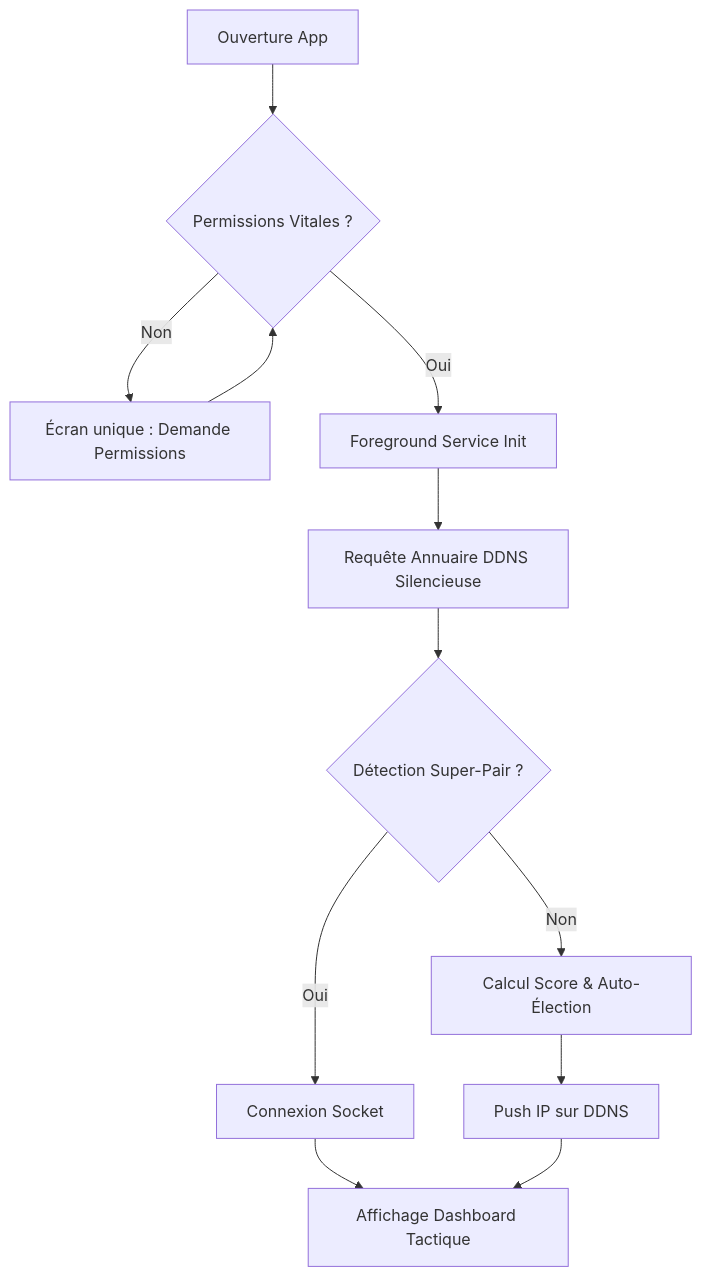
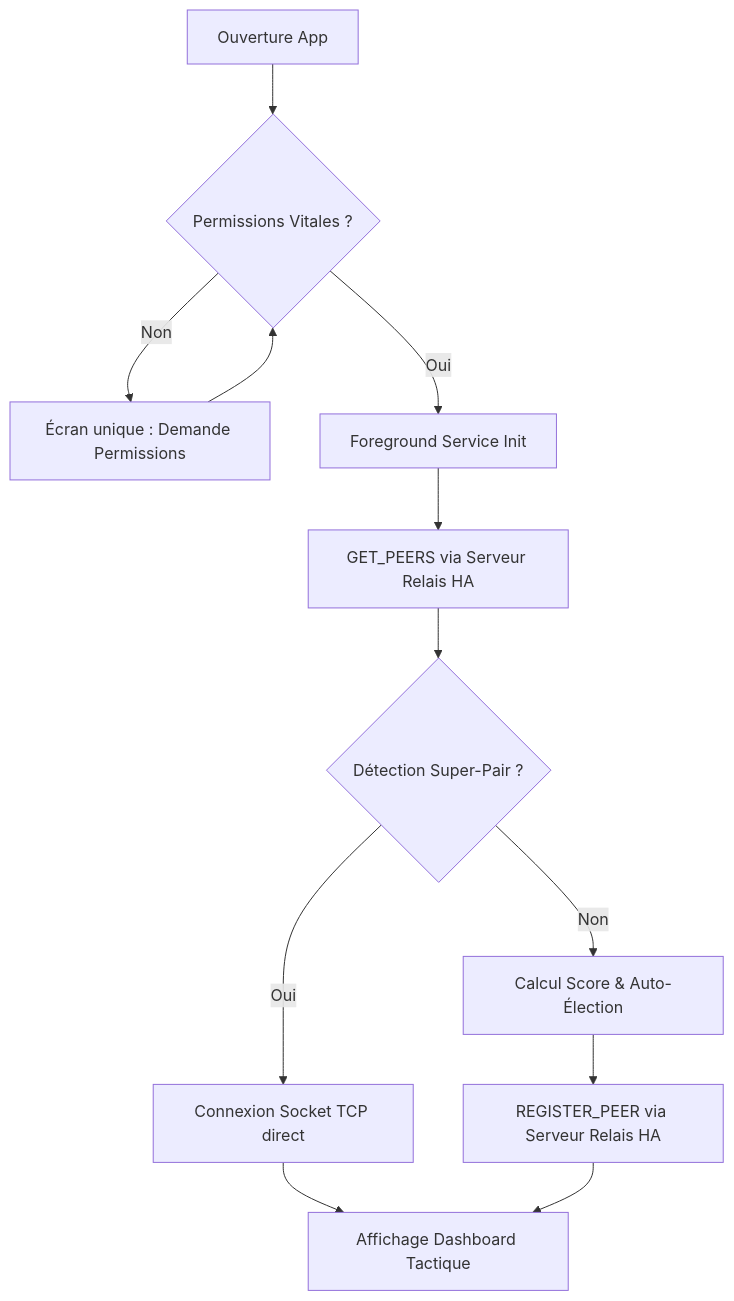
Before and after one commit to tareknaoui/MOBICLOUD: the first of 3 diagrams in _bmad-output/planning-artifacts/ux-design-specification.md, drawn with Mermaid. The commit also changed other lines of this file and 3979 other files, not shown here.

````diff
--- a/_bmad-output/planning-artifacts/ux-design-specification.md
+++ b/_bmad-output/planning-artifacts/ux-design-specification.md
@@ -278,14 +278,14 @@
 ```mermaid
 graph TD
     A[Ouverture App] --> B{Permissions Vitales ?}
     B -- Non --> C[Écran unique : Demande Permissions]
     C --> B
     B -- Oui --> D[Foreground Service Init]
-    D --> E[Requête Annuaire DDNS Silencieuse]
+    D --> E[GET_PEERS via Serveur Relais HA]
     E --> F{Détection Super-Pair ?}
-    F -- Oui --> G[Connexion Socket]
+    F -- Oui --> G[Connexion Socket TCP direct]
     F -- Non --> H[Calcul Score & Auto-Élection]
-    H --> I[Push IP sur DDNS]
+    H --> I[REGISTER_PEER via Serveur Relais HA]
     G --> J[Affichage Dashboard Tactique]
     I --> J
 ```
````
